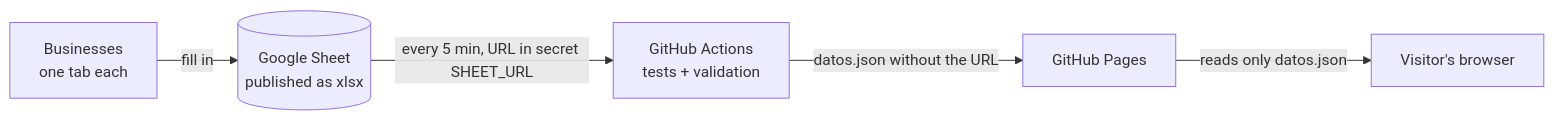
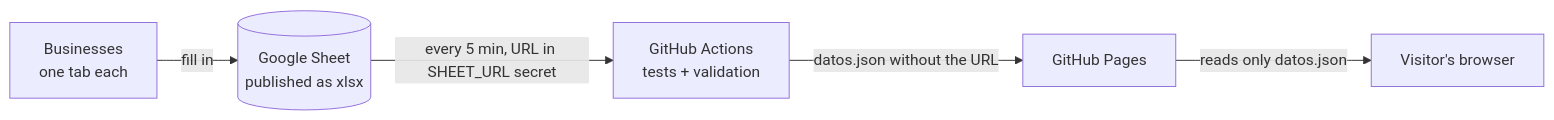
Before and after one commit to Alexis-VsCode/turismo-patate: the diagram in README.en.md, drawn with Mermaid. The commit also changed other lines of this file and 18 other files, not shown here.

````diff
--- a/README.en.md
+++ b/README.en.md
@@ -58,7 +64,7 @@
 ```mermaid
 flowchart LR
     A[Businesses<br/>one tab each] -->|fill in| B[(Google Sheet<br/>published as xlsx)]
-    B -->|every 5 min, URL in secret SHEET_URL| C[GitHub Actions<br/>tests + validation]
+    B -->|every 5 min, URL in SHEET_URL secret| C[GitHub Actions<br/>tests + validation]
     C -->|datos.json without the URL| D[GitHub Pages]
     D -->|reads only datos.json| E[Visitor's browser]
 ```
````
